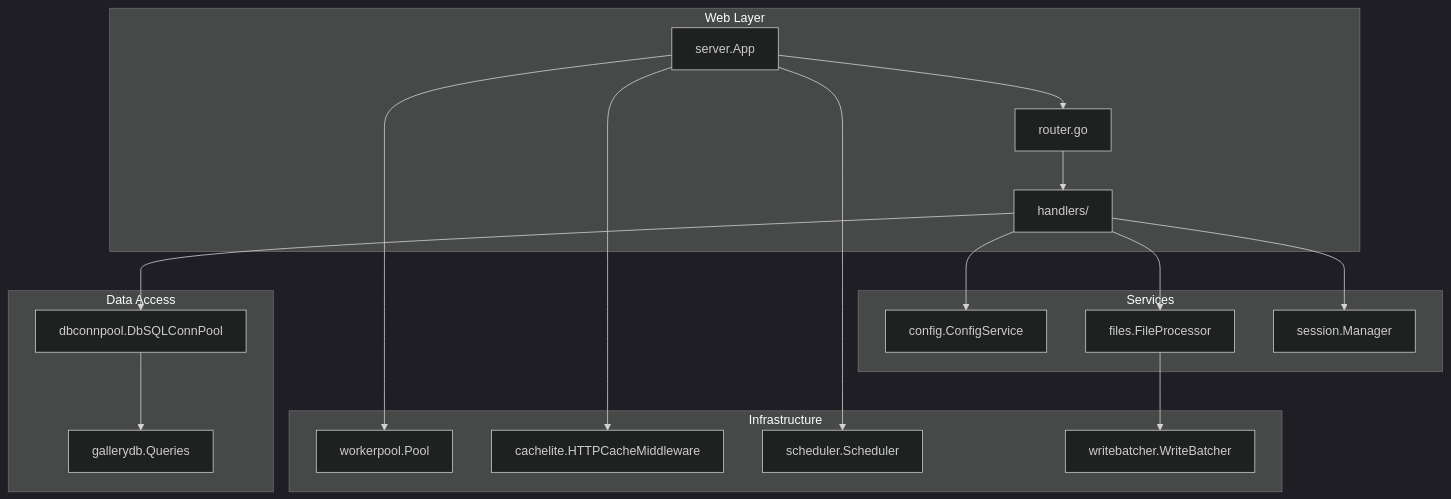
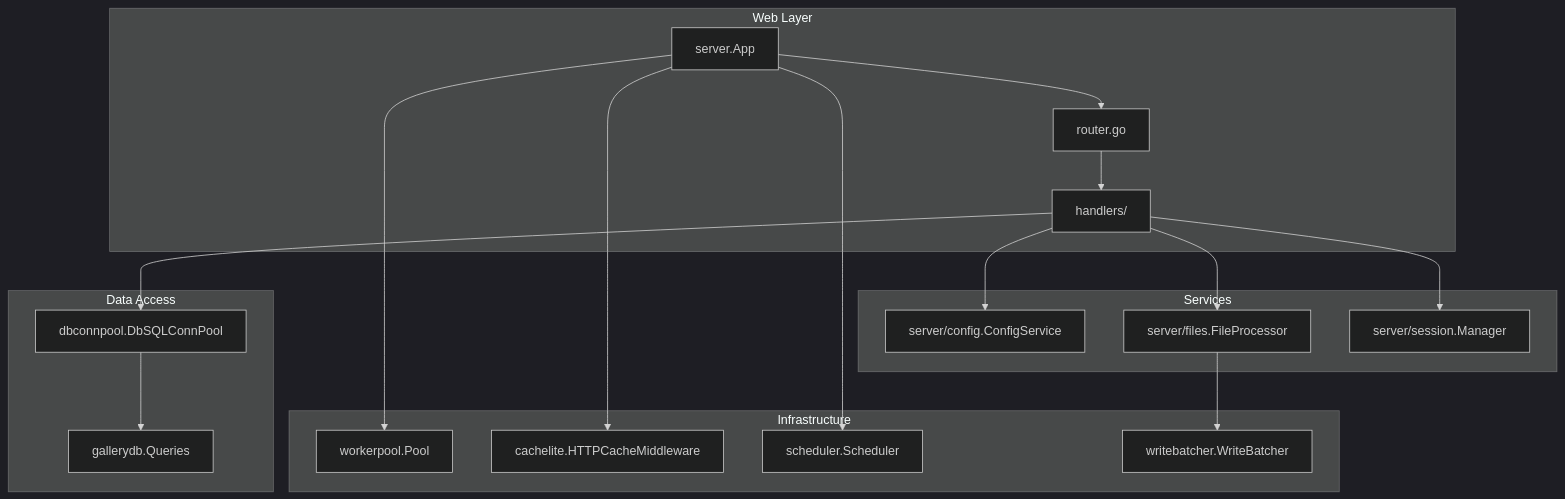
The third of 21 diagrams in docs/ARCHITECTURE.md (lbe/sfpg-go), drawn with Mermaid (dark theme) before and after one commit. The commit also changed other lines of this file and 180 other files, not shown here.

````diff
--- a/docs/ARCHITECTURE.md
+++ b/docs/ARCHITECTURE.md
@@ -194,40 +210,40 @@
 ```mermaid
 graph TB
     subgraph "Web Layer"
         Server[server.App]
         Router[router.go]
         Handlers[handlers/]
     end
 
     subgraph "Services"
-        ConfigSvc[config.ConfigService]
-        FileProc[files.FileProcessor]
-        SessionMgr[session.Manager]
+        ConfigSvc[server/config.ConfigService]
+        FileProc[server/files.FileProcessor]
+        SessionMgr[server/session.Manager]
     end
 
     subgraph "Infrastructure"
         WorkerPool[workerpool.Pool]
         CacheMW[cachelite.HTTPCacheMiddleware]
         Scheduler[scheduler.Scheduler]
         WriteBatcher[writebatcher.WriteBatcher]
     end
 
     subgraph "Data Access"
         DBConn[dbconnpool.DbSQLConnPool]
         Queries[gallerydb.Queries]
     end
 
     Server --> Router
     Router --> Handlers
     Handlers --> ConfigSvc
     Handlers --> FileProc
     Handlers --> SessionMgr
 
     Server --> WorkerPool
     Server --> CacheMW
     Server --> Scheduler
     FileProc --> WriteBatcher
 
     Handlers --> DBConn
     DBConn --> Queries
 ```
````
